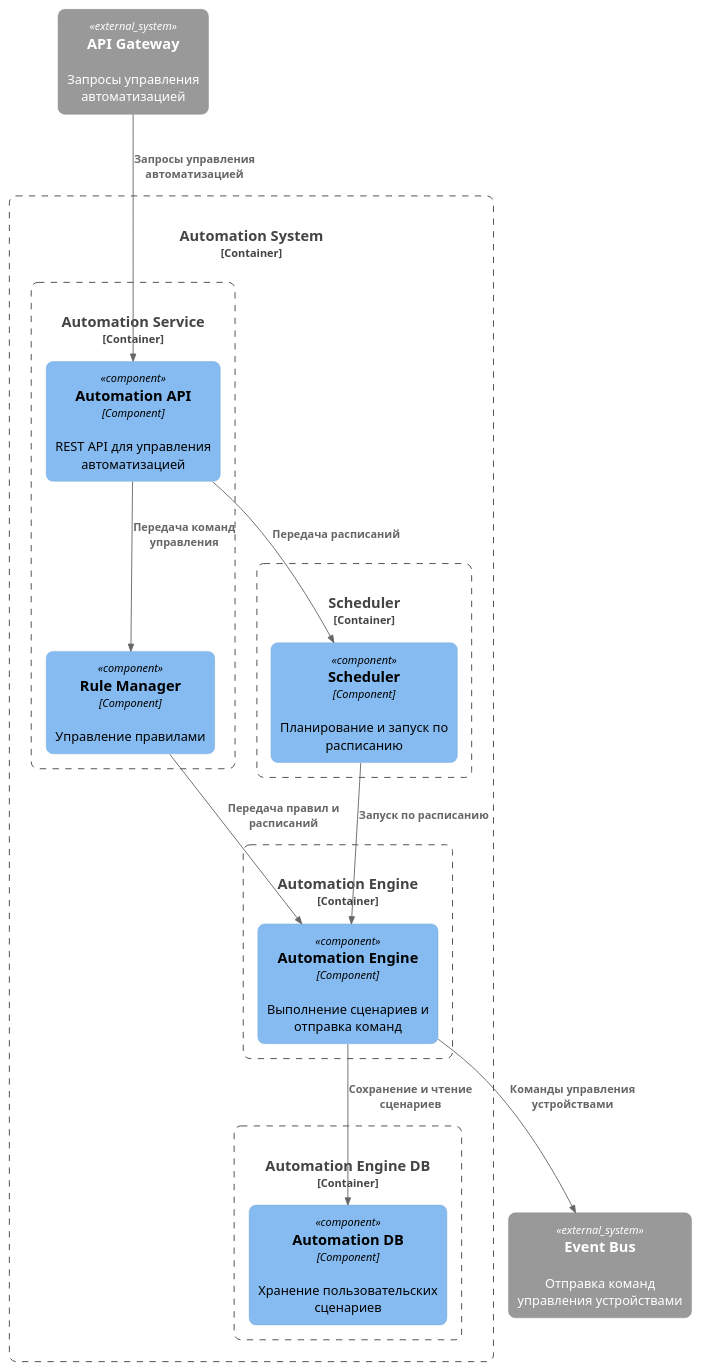
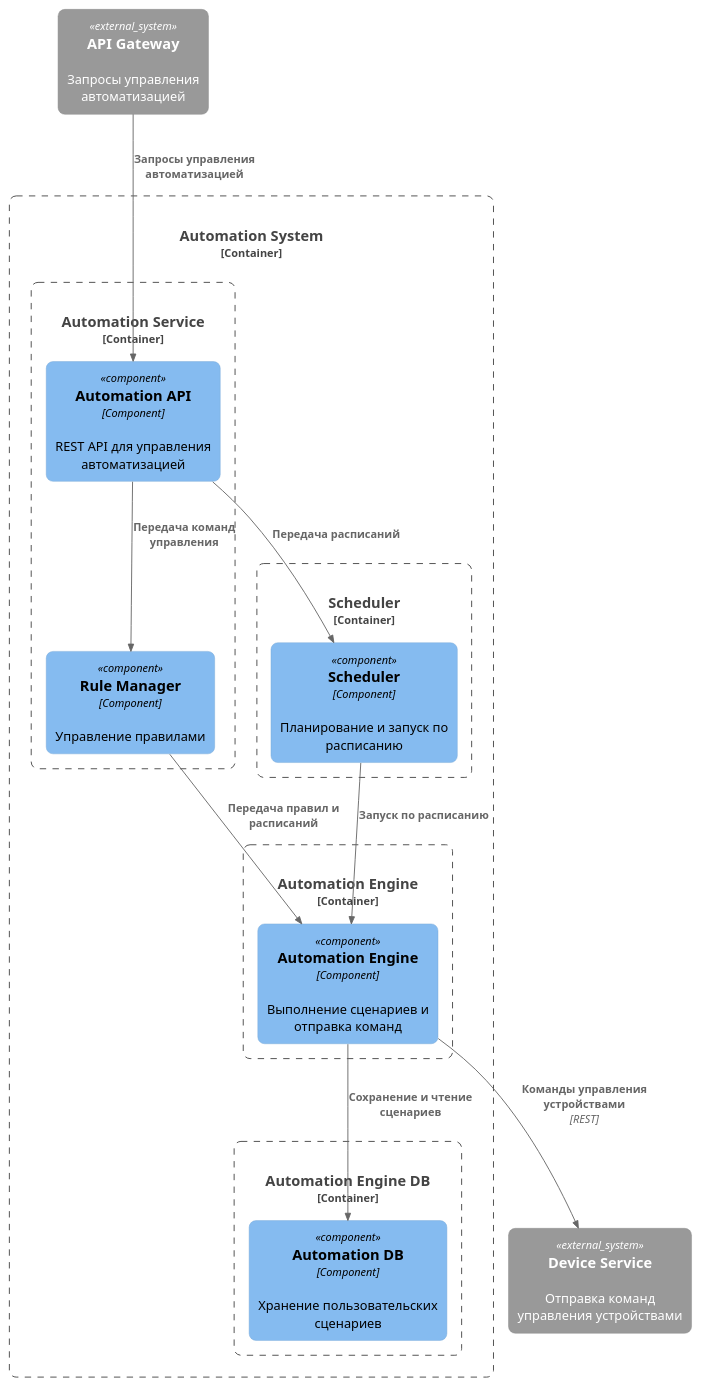
One commit to ai-rogachev/architecture-warmhouse changed the diagram in diagrams/component/Automation_System_Components.puml. Above: the diagram before and after it, drawn with PlantUML. The commit also changed 3 other files, not shown here.

Commit message:
remove event_bus

```diff
--- a/diagrams/component/Automation_System_Components.puml
+++ b/diagrams/component/Automation_System_Components.puml
@@ -1,62 +1,62 @@
 @startuml Automation_System_Components
 
 !includeurl https://raw.githubusercontent.com/plantuml-stdlib/C4-PlantUML/master/C4_Component.puml
 
 ' Simple layout
 skinparam componentStyle rectangle
 skinparam roundcorner 15
 skinparam nodesep 60
 skinparam ranksep 80
 
 ' Component diagram shows internal components of containers from WarmHome_Containers.puml
 Container_Boundary(automations_container, "Automation System", "Container", "Система автоматизации") {
 
     ' Internal Components of "Automation Service" container
     Container_Boundary(automation_service_container, "Automation Service", "Service", "Управление правилами и расписанием") {
         Component(automation_api, "Automation API", "Component", "REST API для управления автоматизацией")
         Component(rule_manager, "Rule Manager", "Component", "Управление правилами")
     }
     
     ' Internal Components of "Automation Engine" container  
     Container_Boundary(automation_engine_container, "Automation Engine", "Rules engine", "Хранение и выполнение сценариев, обработка триггеров") {
         Component(automation_engine, "Automation Engine", "Component", "Выполнение сценариев и отправка команд")
     }
     
     ' Internal Components of "Automation Engine DB" container
     Container_Boundary(automation_engine_db_container, "Automation Engine DB", "Rules engine DB", "Хранение пользовательских сценариев") {
         Component(automation_db, "Automation DB", "Component", "Хранение пользовательских сценариев")
     }
     
     ' Internal Components of "Scheduler" container
     Container_Boundary(scheduler_container, "Scheduler", "Cron-like Service", "Планирование сценариев и запуск по расписанию") {
         Component(scheduler, "Scheduler", "Component", "Планирование и запуск по расписанию")
     }
 }
 
 ' External dependencies
 System_Ext(api_gateway, "API Gateway", "Запросы управления автоматизацией")
-System_Ext(event_bus, "Event Bus", "Отправка команд управления устройствами")
+System_Ext(device_service, "Device Service", "Отправка команд управления устройствами")
 
 ' =================== Main Flow ===================
 ' API Gateway to Automation Service
 Rel(api_gateway, automation_api, "Запросы управления автоматизацией")
 
 ' Automation API to Rule Manager
 Rel(automation_api, rule_manager, "Передача команд управления")
 
 ' Automation Service to Engine
 Rel(rule_manager, automation_engine, "Передача правил и расписаний")
 
 ' Rule Manager to Scheduler
 Rel(automation_api, scheduler, "Передача расписаний")
 
 ' Scheduler to Engine
 Rel(scheduler, automation_engine, "Запуск по расписанию")
 
 ' Engine to Database
 Rel(automation_engine, automation_db, "Сохранение и чтение сценариев")
 
-' Engine to Event Bus
-Rel(automation_engine, event_bus, "Команды управления устройствами")
+' Engine to Device Service
+Rel(automation_engine, device_service, "Команды управления устройствами", "REST")
 
 @enduml
```
